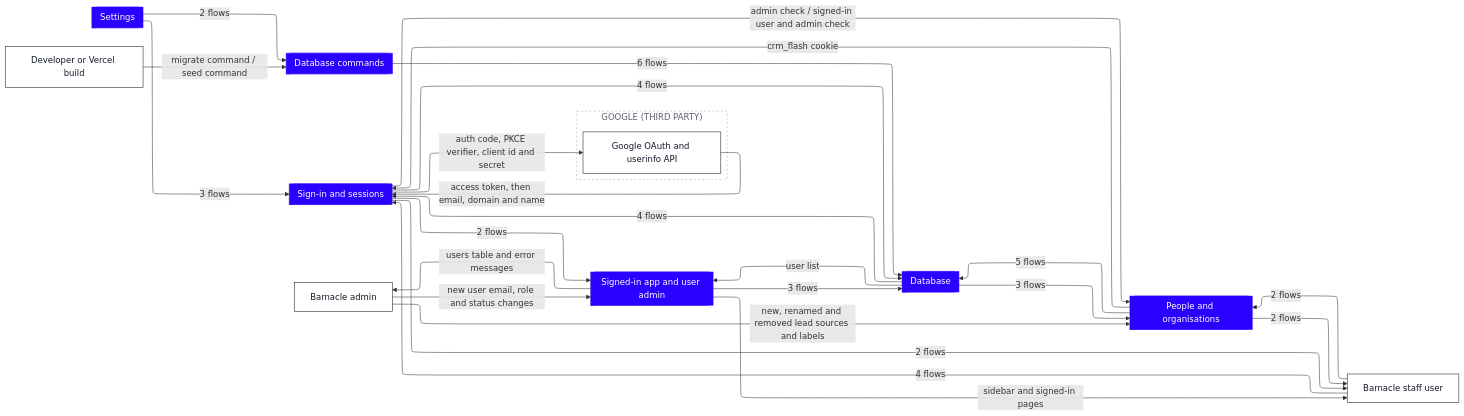
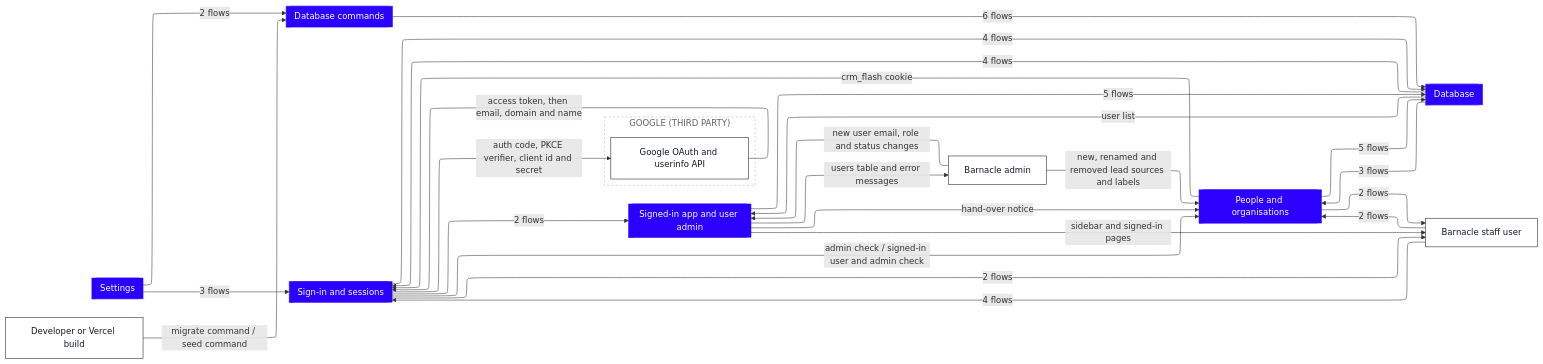
Before and after one commit to Romain-Perche/Barnacle-Pipe: the first of 8 diagrams in dataflow/DATAFLOW.md, drawn with Mermaid. The commit also changed other lines of this file and 9 other files, not shown here.

````diff
--- a/dataflow/DATAFLOW.md
+++ b/dataflow/DATAFLOW.md
@@ -11,51 +11,52 @@
 ```mermaid
 ---
 config:
   layout: elk
 ---
 flowchart LR
     n1[["Database"]]
     n2[["Database commands"]]
     n3[["People and organisations"]]
     n4[["Settings"]]
     n5[["Sign-in and sessions"]]
     n6[["Signed-in app and user admin"]]
     n7["Barnacle admin"]
     n8["Developer or Vercel build"]
     n9["Barnacle staff user"]
     subgraph z1["GOOGLE (THIRD PARTY)"]
         n10["Google OAuth and userinfo API"]
     end
     n7 -->|"new, renamed and removed lead sources and labels"| n3
     n7 -->|"new user email, role and status changes"| n6
     n6 -->|"sidebar and signed-in pages"| n9
     n3 -->|"5 flows"| n1
     n1 -->|"3 flows"| n3
     n5 -->|"4 flows"| n1
     n8 -->|"migrate command / seed command"| n2
     n4 -->|"3 flows"| n5
     n4 -->|"2 flows"| n2
     n5 -->|"auth code, PKCE verifier, client id and secret"| n10
     n5 -->|"2 flows"| n9
     n10 -->|"access token, then email, domain and name"| n5
     n2 -->|"6 flows"| n1
     n3 -->|"2 flows"| n9
     n3 -->|"crm_flash cookie"| n5
     n5 -->|"2 flows"| n6
     n5 -->|"admin check / signed-in user and admin check"| n3
     n1 -->|"4 flows"| n5
     n9 -->|"4 flows"| n5
     n9 -->|"2 flows"| n3
     n6 -->|"users table and error messages"| n7
-    n6 -->|"3 flows"| n1
+    n6 -->|"5 flows"| n1
+    n6 -->|"hand-over notice"| n3
     n1 -->|"user list"| n6
     classDef actor fill:#FFFFFF,stroke:#111827,stroke-width:1px,color:#111827
     classDef process fill:#EDEAFF,stroke:#2B00FF,stroke-width:1.5px,color:#111827
     classDef store fill:#FAF6F1,stroke:#111827,stroke-width:1.5px,color:#111827
     classDef zone fill:#1A1A1A,stroke:#1A1A1A,color:#FFFFFF
     classDef group fill:#2B00FF,stroke:#2B00FF,color:#FFFFFF
     classDef stub fill:#FFFFFF,stroke:#2B00FF,stroke-width:1.5px,stroke-dasharray:5 4,color:#2B00FF
     class n7,n8,n9,n10 actor
     class n1,n2,n3,n4,n5,n6 group
     style z1 fill:#FFFFFF,stroke:#B9B2A8,stroke-dasharray:4 4,color:#5D6270
 ```
````
